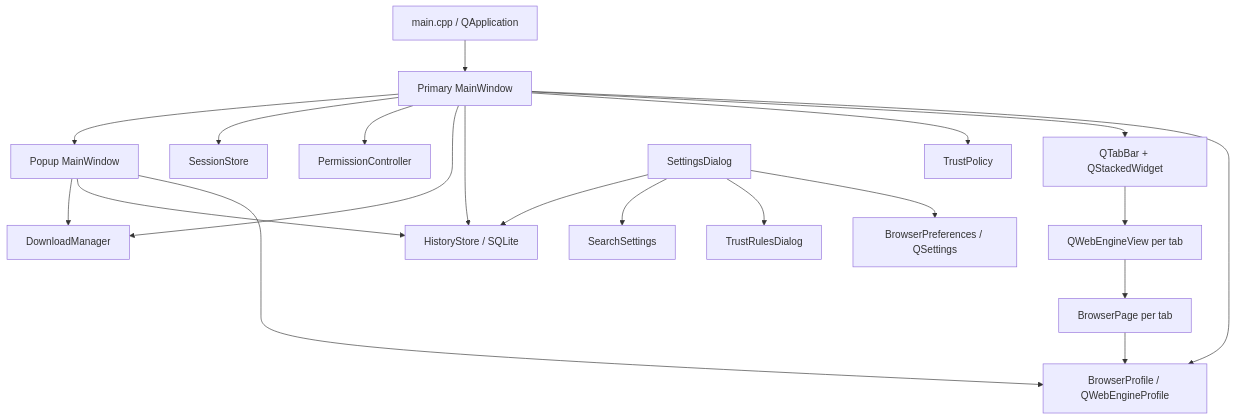
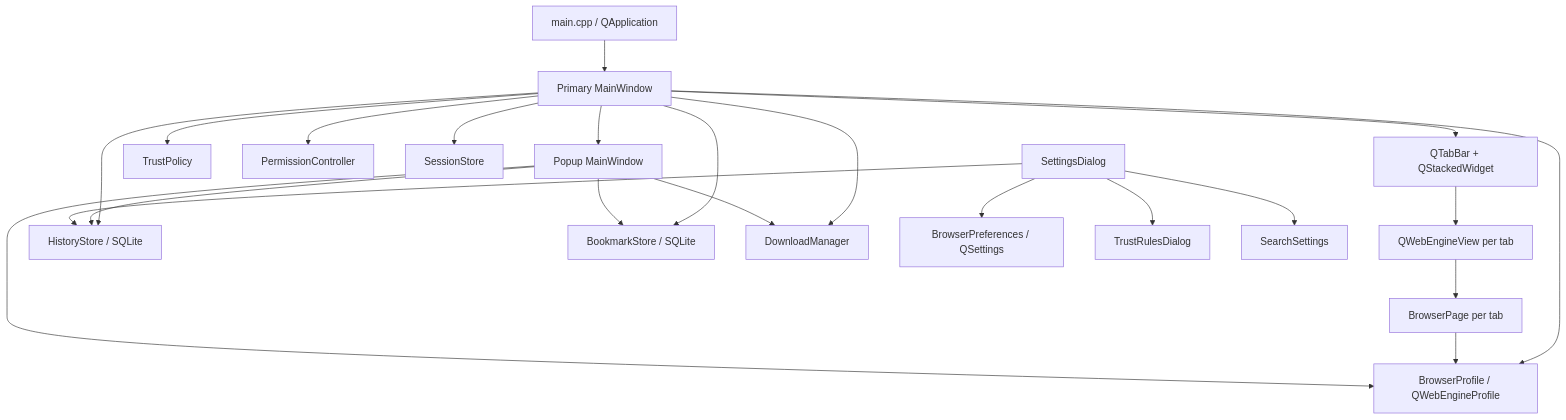
The first of 2 diagrams in docs/ARCHITECTURE.md (tavvet/pan-browser), drawn with Mermaid before and after one commit. The commit also changed other lines of this file and 2 other files, not shown here.

Commit message:
Document bookmark behavior

````diff
--- a/docs/ARCHITECTURE.md
+++ b/docs/ARCHITECTURE.md
@@ -36,25 +36,27 @@
 ```mermaid
 flowchart TD
     App["main.cpp / QApplication"] --> MW["Primary MainWindow"]
     MW --> Profile["BrowserProfile / QWebEngineProfile"]
     MW --> Tabs["QTabBar + QStackedWidget"]
     Tabs --> View["QWebEngineView per tab"]
     View --> Page["BrowserPage per tab"]
     Page --> Profile
 
     MW --> Trust["TrustPolicy"]
     MW --> History["HistoryStore / SQLite"]
+    MW --> Bookmarks["BookmarkStore / SQLite"]
     MW --> Downloads["DownloadManager"]
     MW --> Permissions["PermissionController"]
     MW --> Session["SessionStore"]
 
     Popup["Popup MainWindow"] --> Profile
     Popup --> History
+    Popup --> Bookmarks
     Popup --> Downloads
     MW --> Popup
 
     Settings["SettingsDialog"] --> Preferences["BrowserPreferences / QSettings"]
     Settings --> TrustEditor["TrustRulesDialog"]
     Settings --> Search["SearchSettings"]
     Settings --> History
 ```
````
